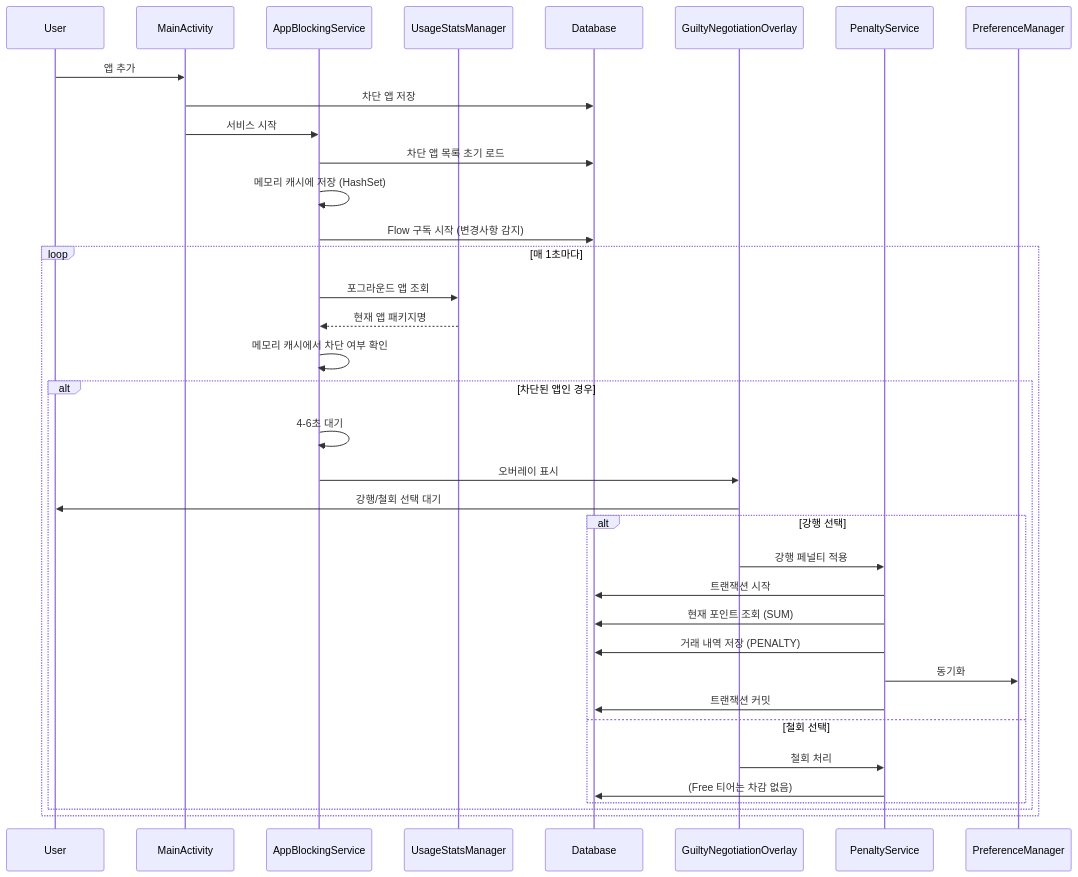
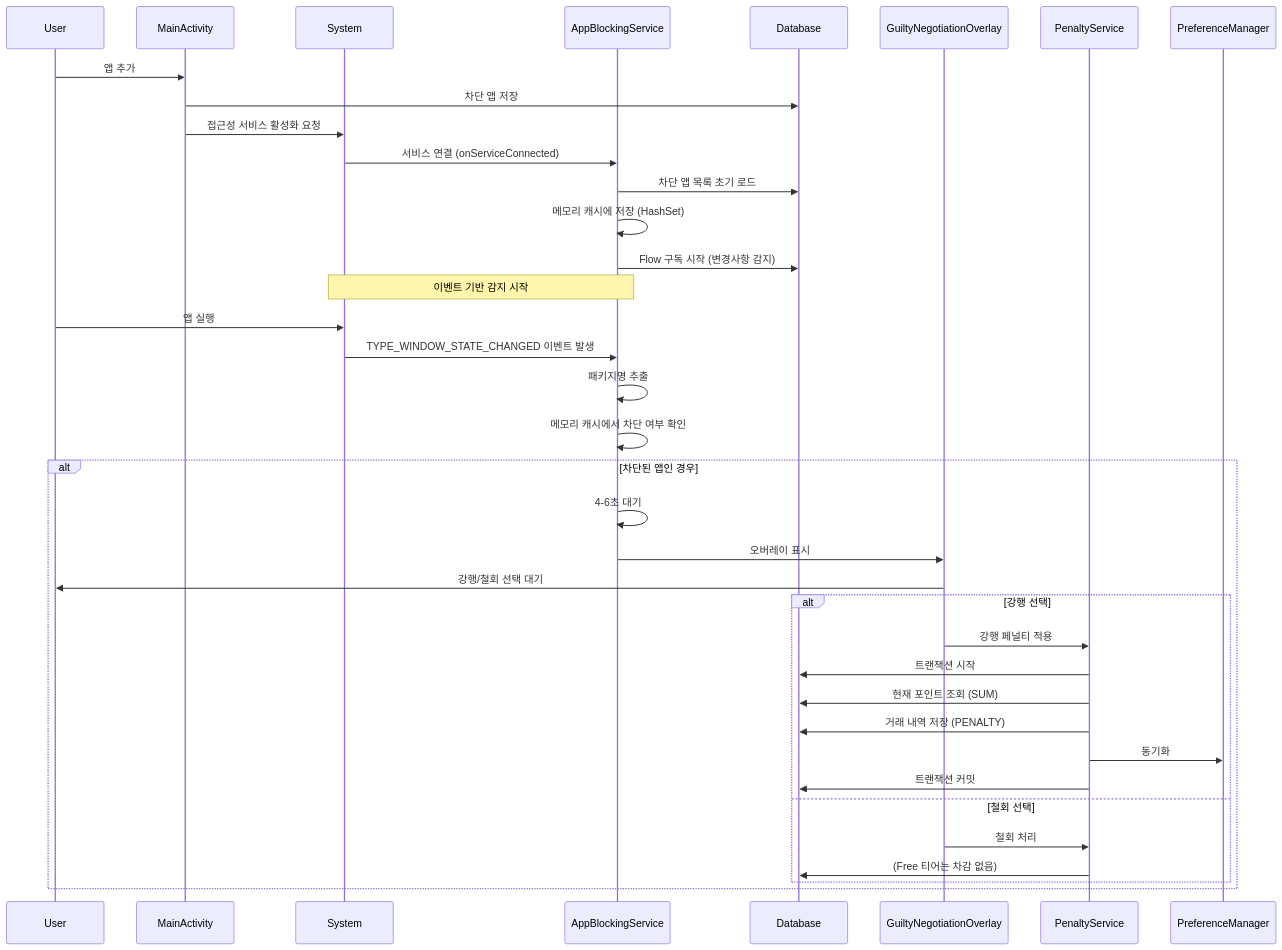
One commit to KDG12054345/koko changed the first of 4 diagrams in ARCHITECTURE.md. Above: the diagram before and after it, drawn with Mermaid. The commit also changed other lines of this file, not shown here.

````diff
--- a/ARCHITECTURE.md
+++ b/ARCHITECTURE.md
@@ -111,42 +111,44 @@
 ```mermaid
 sequenceDiagram
     participant User
     participant MainActivity
+    participant System
     participant AppBlockingService
-    participant UsageStatsManager
     participant Database
     participant GuiltyNegotiationOverlay
     participant PenaltyService
 
     User->>MainActivity: 앱 추가
     MainActivity->>Database: 차단 앱 저장
-    MainActivity->>AppBlockingService: 서비스 시작
+    MainActivity->>System: 접근성 서비스 활성화 요청
     
+    System->>AppBlockingService: 서비스 연결 (onServiceConnected)
     AppBlockingService->>Database: 차단 앱 목록 초기 로드
     AppBlockingService->>AppBlockingService: 메모리 캐시에 저장 (HashSet)
     AppBlockingService->>Database: Flow 구독 시작 (변경사항 감지)
     
-    loop 매 1초마다
-        AppBlockingService->>UsageStatsManager: 포그라운드 앱 조회
-        UsageStatsManager-->>AppBlockingService: 현재 앱 패키지명
-        AppBlockingService->>AppBlockingService: 메모리 캐시에서 차단 여부 확인
+    Note over System,AppBlockingService: 이벤트 기반 감지 시작
+    
+    User->>System: 앱 실행
+    System->>AppBlockingService: TYPE_WINDOW_STATE_CHANGED 이벤트 발생
+    AppBlockingService->>AppBlockingService: 패키지명 추출
+    AppBlockingService->>AppBlockingService: 메모리 캐시에서 차단 여부 확인
+    
+    alt 차단된 앱인 경우
+        AppBlockingService->>AppBlockingService: 4-6초 대기
+        AppBlockingService->>GuiltyNegotiationOverlay: 오버레이 표시
+        GuiltyNegotiationOverlay->>User: 강행/철회 선택 대기
         
-        alt 차단된 앱인 경우
-            AppBlockingService->>AppBlockingService: 4-6초 대기
-            AppBlockingService->>GuiltyNegotiationOverlay: 오버레이 표시
-            GuiltyNegotiationOverlay->>User: 강행/철회 선택 대기
-            
-            alt 강행 선택
-                GuiltyNegotiationOverlay->>PenaltyService: 강행 페널티 적용
-                PenaltyService->>Database: 트랜잭션 시작
-                PenaltyService->>Database: 현재 포인트 조회 (SUM)
-                PenaltyService->>Database: 거래 내역 저장 (PENALTY)
-                PenaltyService->>PreferenceManager: 동기화
-                PenaltyService->>Database: 트랜잭션 커밋
-            else 철회 선택
-                GuiltyNegotiationOverlay->>PenaltyService: 철회 처리
-                PenaltyService->>Database: (Free 티어는 차감 없음)
-            end
+        alt 강행 선택
+            GuiltyNegotiationOverlay->>PenaltyService: 강행 페널티 적용
+            PenaltyService->>Database: 트랜잭션 시작
+            PenaltyService->>Database: 현재 포인트 조회 (SUM)
+            PenaltyService->>Database: 거래 내역 저장 (PENALTY)
+            PenaltyService->>PreferenceManager: 동기화
+            PenaltyService->>Database: 트랜잭션 커밋
+        else 철회 선택
+            GuiltyNegotiationOverlay->>PenaltyService: 철회 처리
+            PenaltyService->>Database: (Free 티어는 차감 없음)
         end
     end
 ```
````
